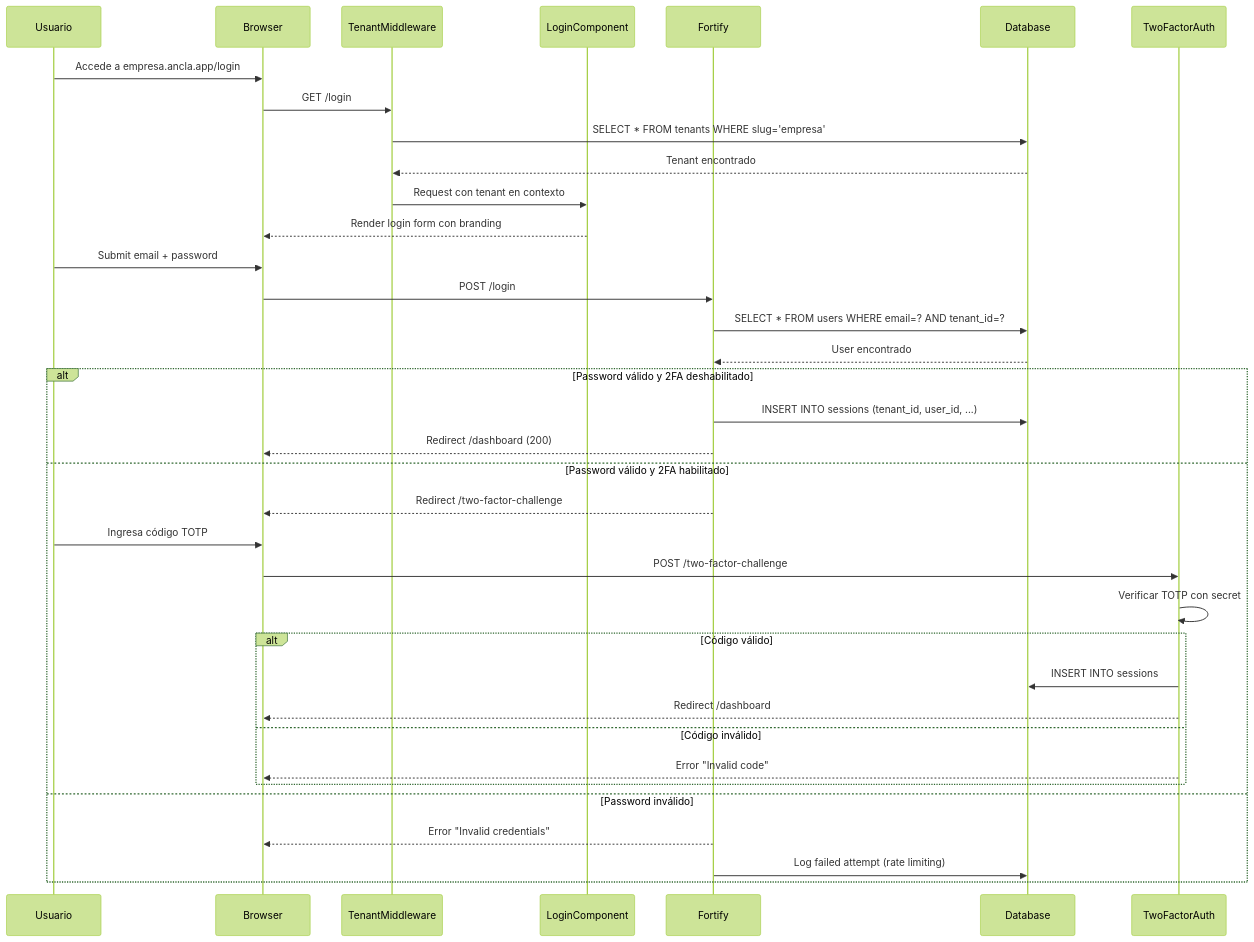
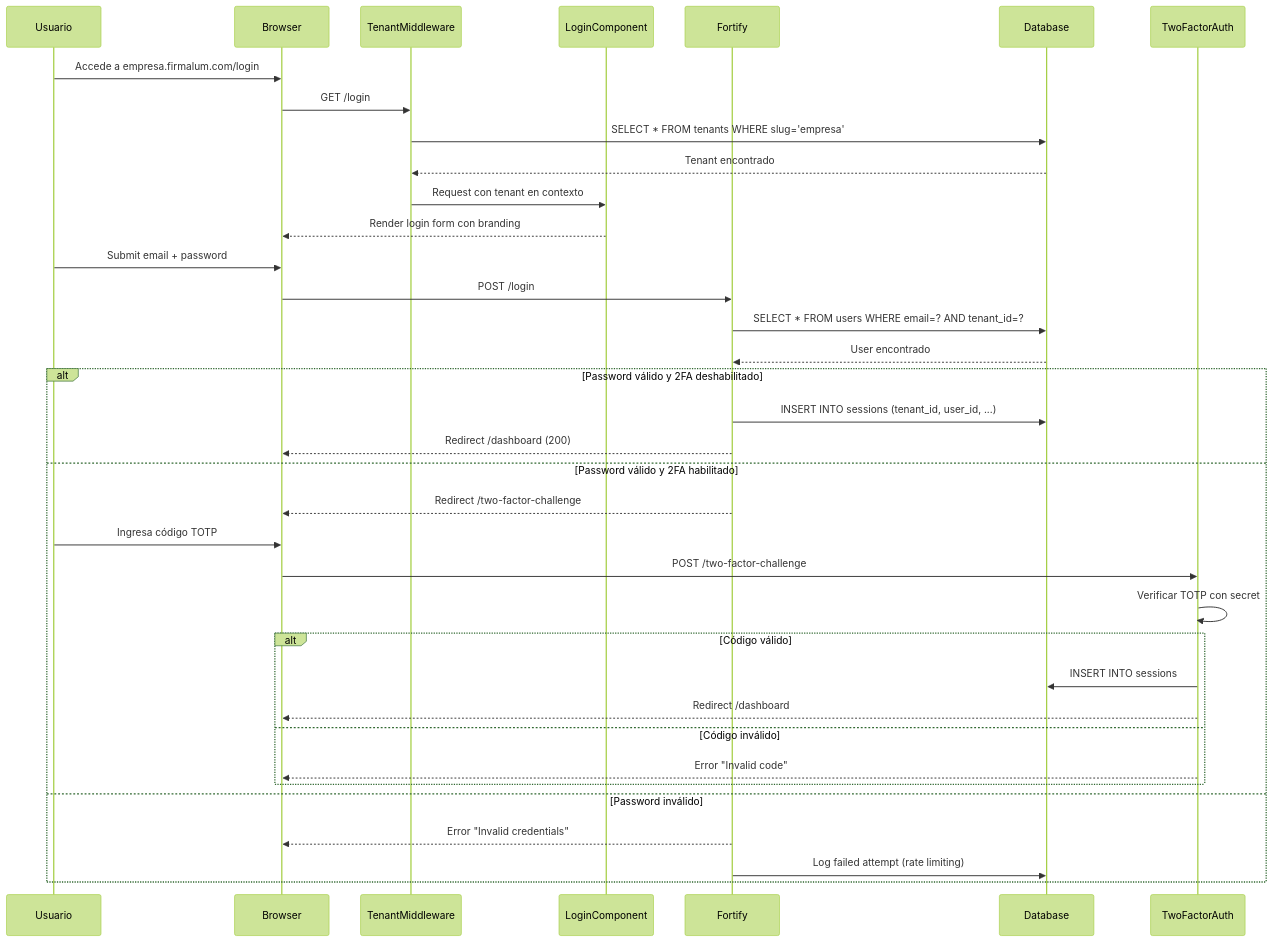
One commit to robertorubioes/ancla changed the third of 6 diagrams in docs/architecture/decisions.md. Above: the diagram before and after it, drawn with Mermaid (forest theme). The commit also changed other lines of this file and 123 other files, not shown here.

First line of the commit message:
chore: rename ANCLA to Firmalum and fix migration order

````diff
--- a/docs/architecture/decisions.md
+++ b/docs/architecture/decisions.md
@@ -1035,41 +1035,41 @@
 ```mermaid
 sequenceDiagram
     participant U as Usuario
     participant B as Browser
     participant TM as TenantMiddleware
     participant LC as LoginComponent
     participant F as Fortify
     participant DB as Database
     participant 2FA as TwoFactorAuth
     
-    U->>B: Accede a empresa.ancla.app/login
+    U->>B: Accede a empresa.firmalum.com/login
     B->>TM: GET /login
     TM->>DB: SELECT * FROM tenants WHERE slug='empresa'
     DB-->>TM: Tenant encontrado
     TM->>LC: Request con tenant en contexto
     LC-->>B: Render login form con branding
     
     U->>B: Submit email + password
     B->>F: POST /login
     F->>DB: SELECT * FROM users WHERE email=? AND tenant_id=?
     DB-->>F: User encontrado
     
     alt Password válido y 2FA deshabilitado
         F->>DB: INSERT INTO sessions (tenant_id, user_id, ...)
         F-->>B: Redirect /dashboard (200)
     else Password válido y 2FA habilitado
         F-->>B: Redirect /two-factor-challenge
         U->>B: Ingresa código TOTP
         B->>2FA: POST /two-factor-challenge
         2FA->>2FA: Verificar TOTP con secret
         alt Código válido
             2FA->>DB: INSERT INTO sessions
             2FA-->>B: Redirect /dashboard
         else Código inválido
             2FA-->>B: Error "Invalid code"
         end
     else Password inválido
         F-->>B: Error "Invalid credentials"
         F->>DB: Log failed attempt (rate limiting)
     end
 ```
````
